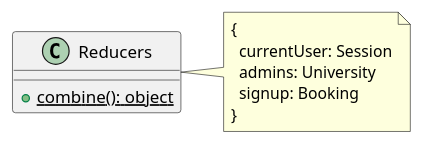
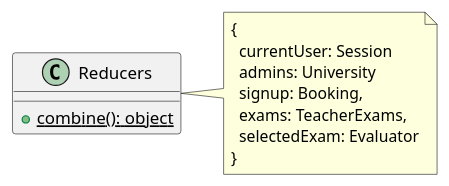
The diagram in redux/aggregators/reducers.iuml (M9k/Marvin-Uml), drawn with PlantUML before and after one commit.

Commit message:
Specificato che reducer usa lo store

```diff
--- a/redux/aggregators/reducers.iuml
+++ b/redux/aggregators/reducers.iuml
@@ -1,10 +1,12 @@
 class Reducers{
   + {static} combine(): object
 }
 note right of Reducers
 {
   currentUser: Session
   admins: University
-  signup: Booking
+  signup: Booking,
+  exams: TeacherExams,
+  selectedExam: Evaluator
 }
 end note
```
